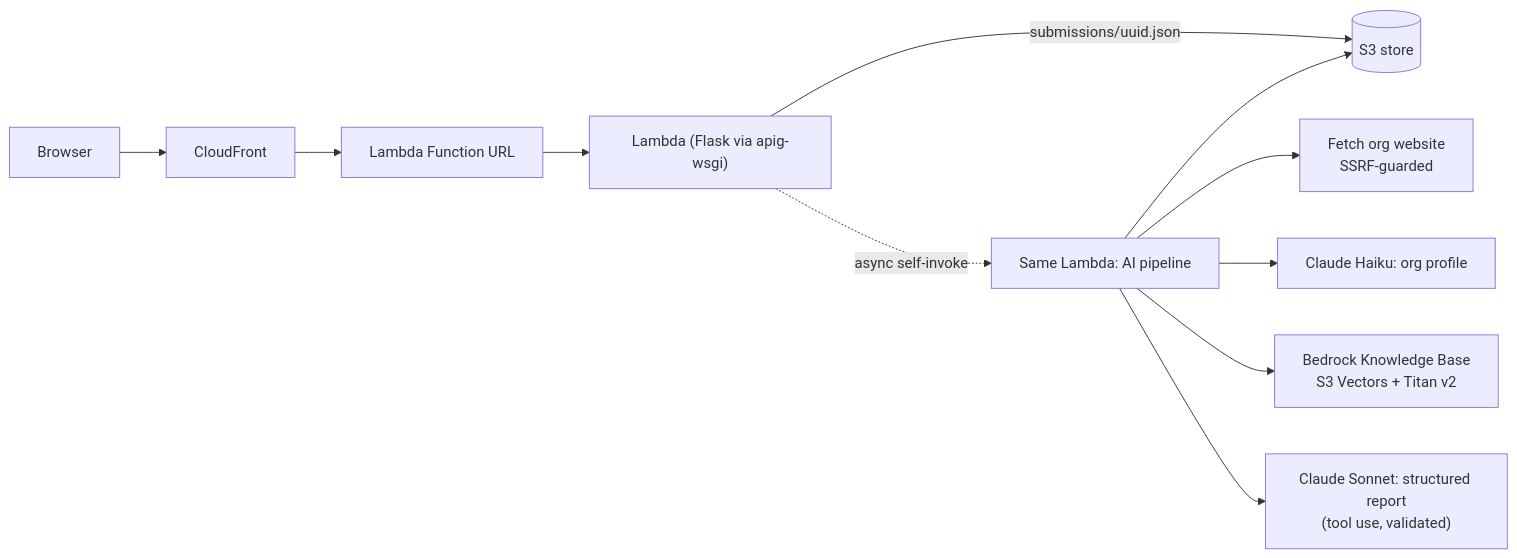
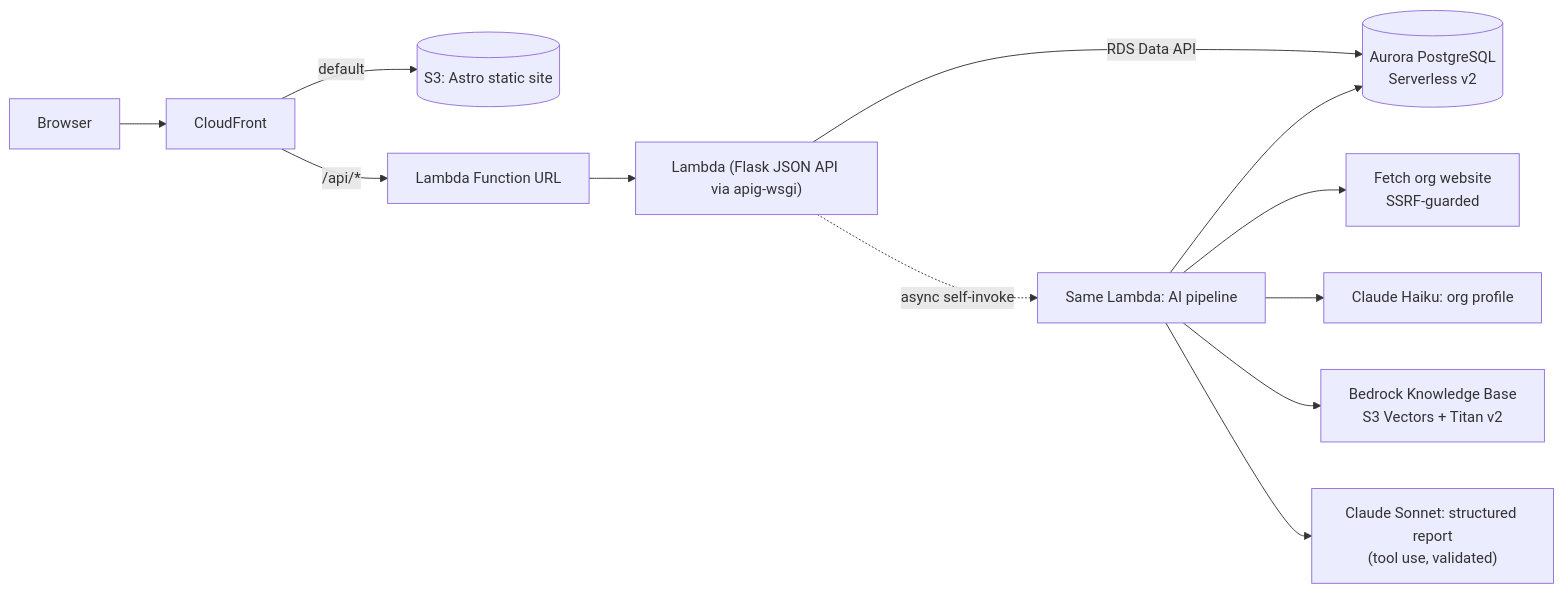
Before and after one commit to ArielleTolome/everytown-oci: the diagram in README.md, drawn with Mermaid. The commit also changed other lines of this file and 46 other files, not shown here.

Commit message:
v0.5.0: Astro frontend in Everytown colors, Aurora PostgreSQL, staff network analytics, Start-here priorities

````diff
--- a/README.md
+++ b/README.md
@@ -57,13 +66,14 @@
 ```mermaid
 flowchart LR
   U[Browser] --> CF[CloudFront]
-  CF --> FU[Lambda Function URL]
-  FU --> L["Lambda (Flask via apig-wsgi)"]
-  L -->|submissions/uuid.json| S3[(S3 store)]
+  CF -->|default| S3S[(S3: Astro static site)]
+  CF -->|/api/*| FU[Lambda Function URL]
+  FU --> L["Lambda (Flask JSON API via apig-wsgi)"]
+  L -->|RDS Data API| DB[(Aurora PostgreSQL<br/>Serverless v2)]
   L -.->|async self-invoke| W["Same Lambda: AI pipeline"]
   W --> R[Fetch org website<br/>SSRF-guarded]
   W --> H["Claude Haiku: org profile"]
   W --> KB["Bedrock Knowledge Base<br/>S3 Vectors + Titan v2"]
   W --> S["Claude Sonnet: structured report<br/>(tool use, validated)"]
-  W --> S3
+  W --> DB
 ```
````
